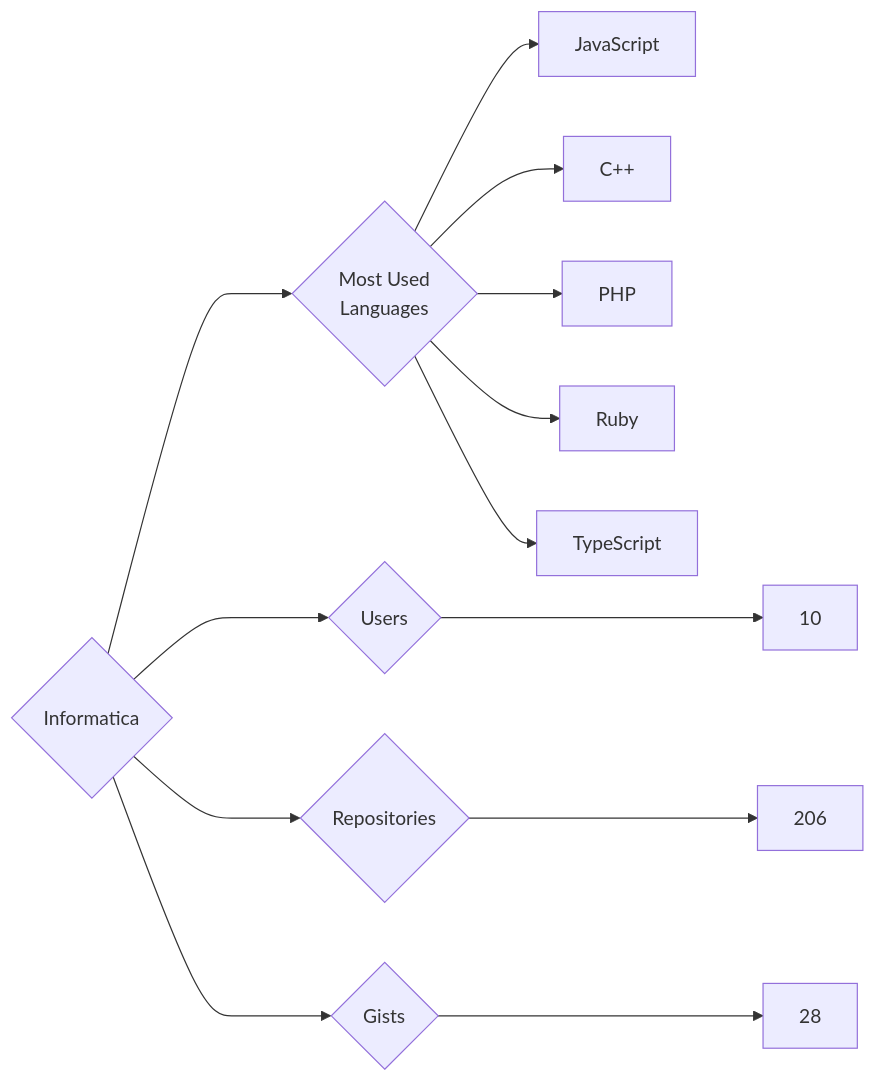
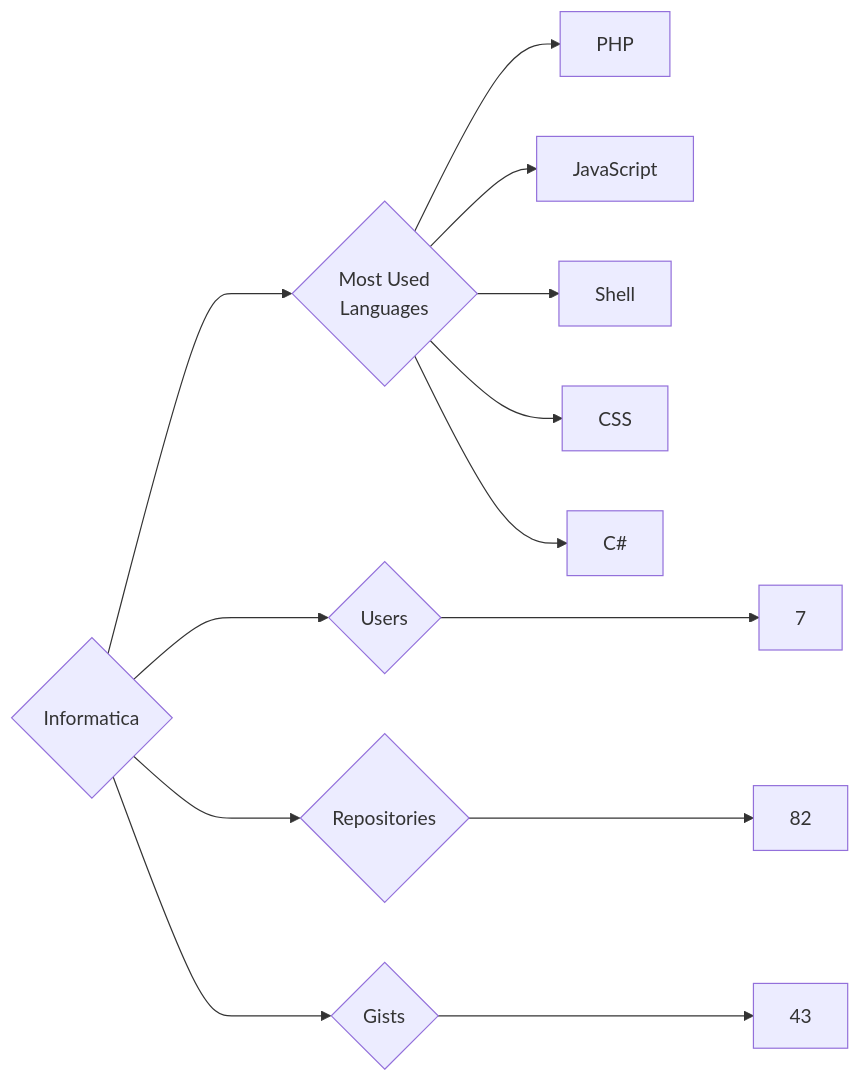
The diagram in targets/Informatica/README.md (trickest/insiders), drawn with Mermaid before and after one commit. The commit also changed 988 other files, not shown here.

````diff
--- a/targets/Informatica/README.md
+++ b/targets/Informatica/README.md
@@ -3,13 +3,13 @@
 ```mermaid
 graph LR
 COMPANY_NAME{Informatica}
-COMPANY_NAME ---> U{Users} ---> UN[10]
-COMPANY_NAME ---> R{Repositories} ---> RN[206]
-COMPANY_NAME ---> G{Gists} ---> GN[28]
+COMPANY_NAME ---> U{Users} ---> UN[7]
+COMPANY_NAME ---> R{Repositories} ---> RN[82]
+COMPANY_NAME ---> G{Gists} ---> GN[43]
 COMPANY_NAME ---> ML{Most Used<br>Languages}
+ML --> PHP[PHP]
 ML --> JavaScript[JavaScript]
-ML --> C++[C++]
-ML --> PHP[PHP]
-ML --> Ruby[Ruby]
-ML --> TypeScript[TypeScript]
+ML --> Shell[Shell]
+ML --> CSS[CSS]
+ML --> C#[C#]
 ```
````
